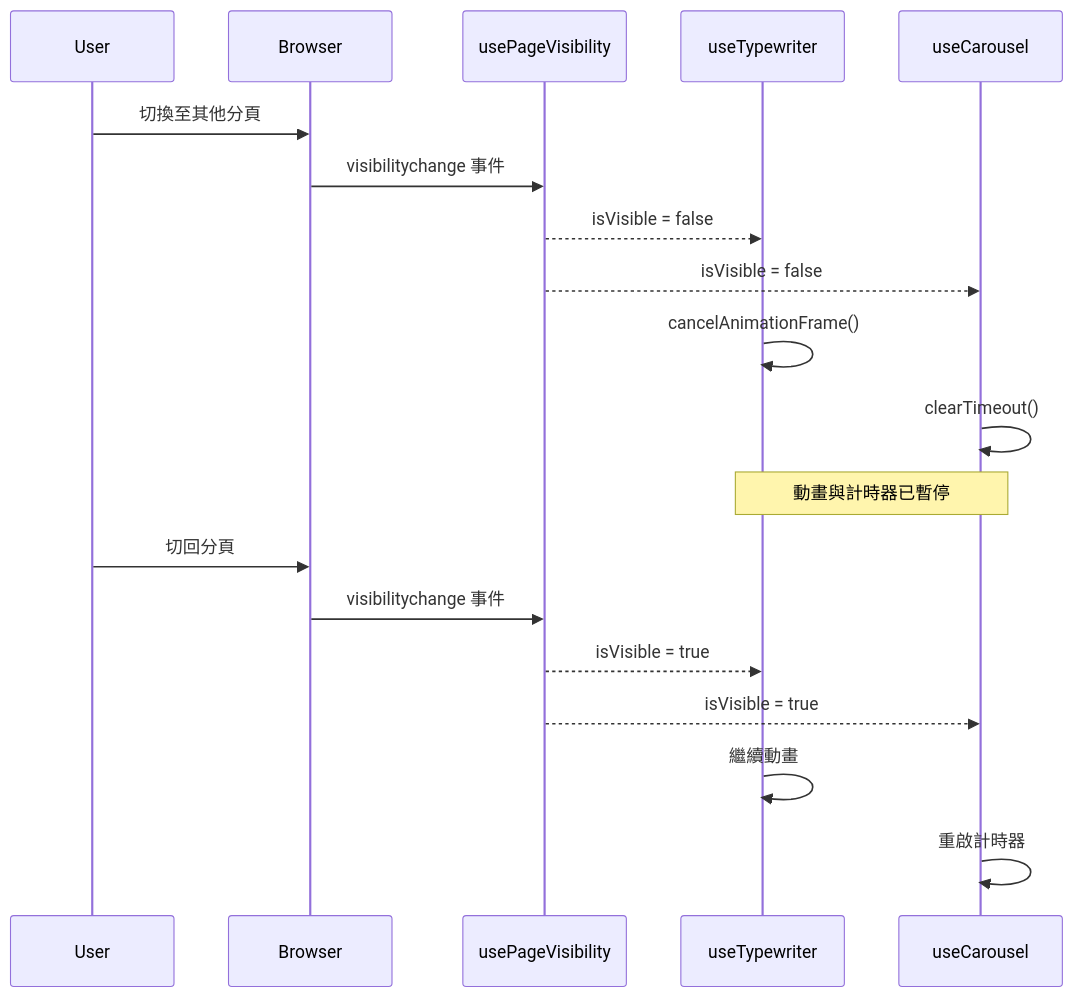
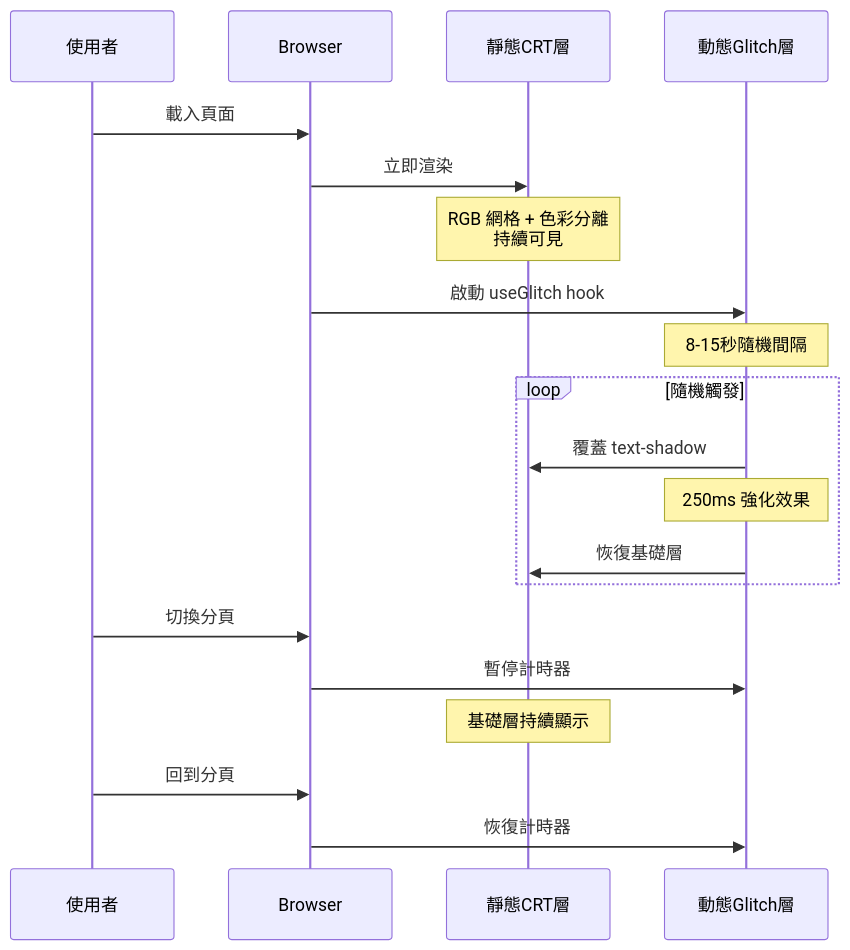
One commit to huan5678/wasteland-tarot-app changed the third of 3 diagrams in .kiro/specs/hero-section-dynamic-titles/design.md. Above: the diagram before and after it, drawn with Mermaid. The commit also changed other lines of this file and 80 other files, not shown here.

````diff
--- a/.kiro/specs/hero-section-dynamic-titles/design.md
+++ b/.kiro/specs/hero-section-dynamic-titles/design.md
@@ -233,26 +231,27 @@
 ```mermaid
 sequenceDiagram
-    participant User
+    participant 使用者
     participant Browser
-    participant usePageVisibility
-    participant useTypewriter
-    participant useCarousel
+    participant 靜態CRT as 靜態CRT層
+    participant 動態Glitch as 動態Glitch層
 
-    User->>Browser: 切換至其他分頁
-    Browser->>usePageVisibility: visibilitychange 事件
-    usePageVisibility-->>useTypewriter: isVisible = false
-    usePageVisibility-->>useCarousel: isVisible = false
+    使用者->>Browser: 載入頁面
+    Browser->>靜態CRT: 立即渲染
+    Note over 靜態CRT: RGB 網格 + 色彩分離<br/>持續可見
 
-    useTypewriter->>useTypewriter: cancelAnimationFrame()
-    useCarousel->>useCarousel: clearTimeout()
+    Browser->>動態Glitch: 啟動 useGlitch hook
+    Note over 動態Glitch: 8-15秒隨機間隔
 
-    Note over useTypewriter,useCarousel: 動畫與計時器已暫停
+    loop 隨機觸發
+        動態Glitch->>靜態CRT: 覆蓋 text-shadow
+        Note over 動態Glitch: 250ms 強化效果
+        動態Glitch->>靜態CRT: 恢復基礎層
+    end
 
-    User->>Browser: 切回分頁
-    Browser->>usePageVisibility: visibilitychange 事件
-    usePageVisibility-->>useTypewriter: isVisible = true
-    usePageVisibility-->>useCarousel: isVisible = true
+    使用者->>Browser: 切換分頁
+    Browser->>動態Glitch: 暫停計時器
+    Note over 靜態CRT: 基礎層持續顯示
 
-    useTypewriter->>useTypewriter: 繼續動畫
-    useCarousel->>useCarousel: 重啟計時器
+    使用者->>Browser: 回到分頁
+    Browser->>動態Glitch: 恢復計時器
 ```
````
